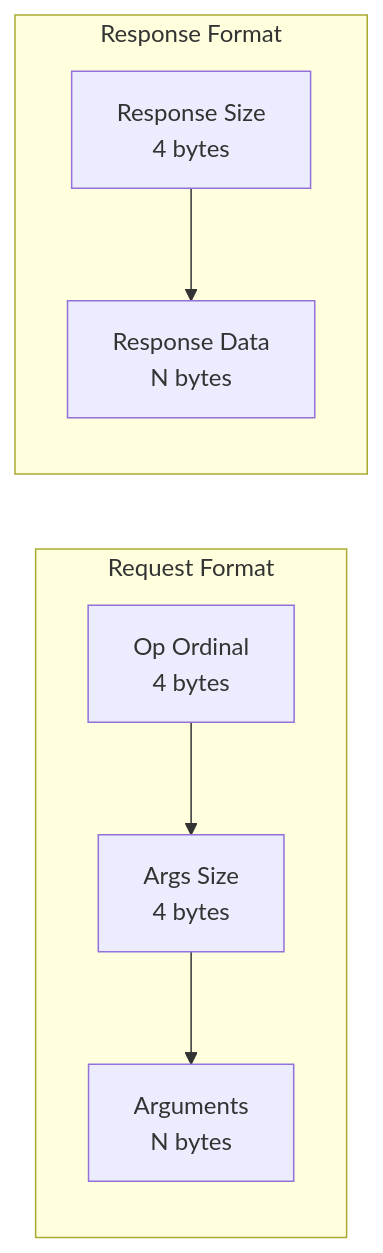
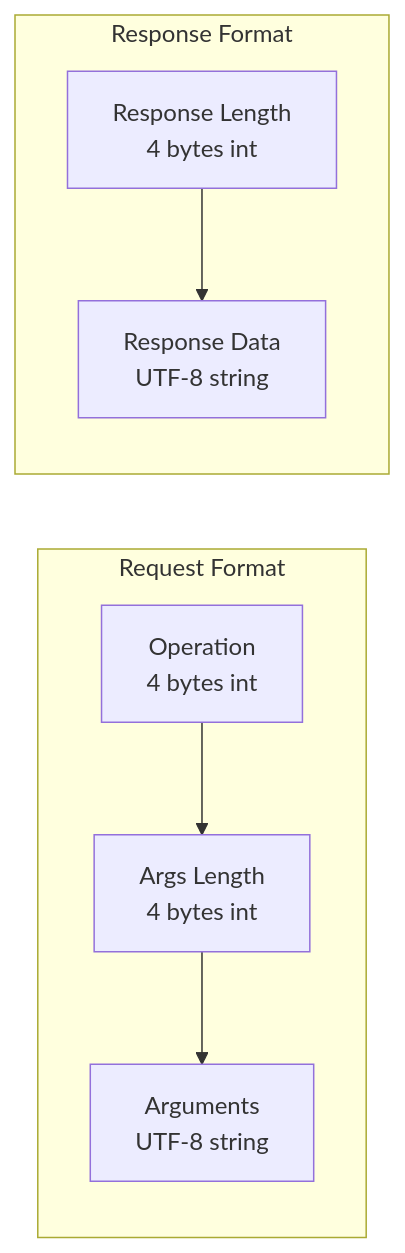
One commit to gchape/mudis changed the third of 3 diagrams in README.md. Above: the diagram before and after it, drawn with Mermaid. The commit also changed other lines of this file and 13 other files, not shown here.

Commit message:
refactor: simplify pub/sub architecture and fix message distribution bug

````diff
--- a/README.md
+++ b/README.md
@@ -94,11 +97,11 @@
 ```mermaid
 graph LR
     subgraph "Request Format"
-        OP[Op Ordinal<br/>4 bytes] --> SIZE[Args Size<br/>4 bytes]
-        SIZE --> ARGS[Arguments<br/>N bytes]
+        OP[Operation<br/>4 bytes int] --> SIZE[Args Length<br/>4 bytes int]
+        SIZE --> ARGS[Arguments<br/>UTF-8 string]
     end
     
     subgraph "Response Format"
-        RSIZE[Response Size<br/>4 bytes] --> RDATA[Response Data<br/>N bytes]
+        RSIZE[Response Length<br/>4 bytes int] --> RDATA[Response Data<br/>UTF-8 string]
     end
 ```
````
